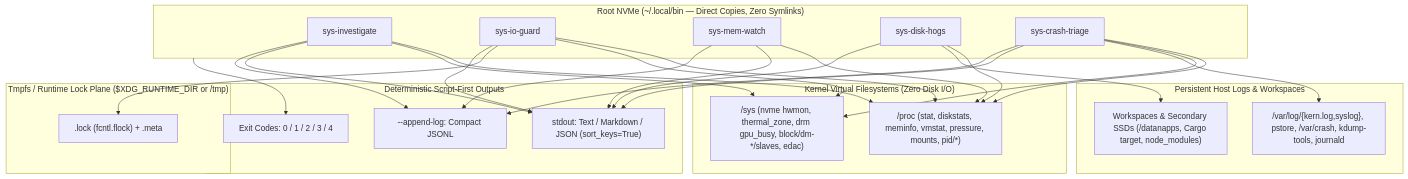
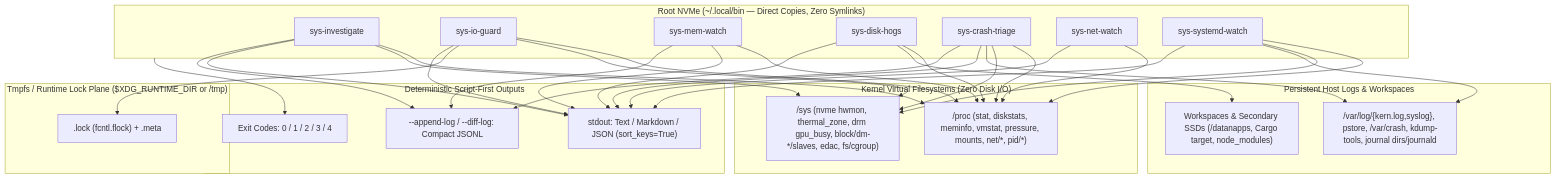
Before and after one commit to bsommers/sysadmin-tools: the first of 2 diagrams in docs/architecture.md, drawn with Mermaid. The commit also changed other lines of this file and 26 other files, not shown here.

````diff
--- a/docs/architecture.md
+++ b/docs/architecture.md
@@ -11,52 +11,60 @@
 ```mermaid
 flowchart TD
     subgraph RootNVMe["Root NVMe (~/.local/bin — Direct Copies, Zero Symlinks)"]
         SI["sys-investigate"]
         SIG["sys-io-guard"]
         SMW["sys-mem-watch"]
         SDH["sys-disk-hogs"]
         SCT["sys-crash-triage"]
+        SNW["sys-net-watch"]
+        SSW["sys-systemd-watch"]
     end
 
     subgraph KernelFS["Kernel Virtual Filesystems (Zero Disk I/O)"]
-        PROC["/proc (stat, diskstats, meminfo, vmstat, pressure, mounts, pid/*)"]
-        SYS["/sys (nvme hwmon, thermal_zone, drm gpu_busy, block/dm-*/slaves, edac)"]
+        PROC["/proc (stat, diskstats, meminfo, vmstat, pressure, mounts, net/*, pid/*)"]
+        SYS["/sys (nvme hwmon, thermal_zone, drm gpu_busy, block/dm-*/slaves, edac, fs/cgroup)"]
     end
 
     subgraph TmpfsLocks["Tmpfs / Runtime Lock Plane ($XDG_RUNTIME_DIR or /tmp)"]
         FLOCK["<lock_key>.lock (fcntl.flock) + <lock_key>.meta"]
     end
 
     subgraph HostLogs["Persistent Host Logs & Workspaces"]
-        LOGS["/var/log/{kern.log,syslog}, pstore, /var/crash, kdump-tools, journald"]
+        LOGS["/var/log/{kern.log,syslog}, pstore, /var/crash, kdump-tools, journal dirs/journald"]
         WORK["Workspaces & Secondary SSDs (/datanapps, Cargo target, node_modules)"]
     end
 
     subgraph Outputs["Deterministic Script-First Outputs"]
         OUT["stdout: Text / Markdown / JSON (sort_keys=True)"]
-        JSONL["--append-log: Compact JSONL"]
+        JSONL["--append-log / --diff-log: Compact JSONL"]
         RC["Exit Codes: 0 / 1 / 2 / 3 / 4"]
     end
 
     SI --> PROC
     SI --> SYS
     SMW --> PROC
+    SNW --> PROC
+    SSW --> PROC
+    SSW --> SYS
+    SSW --> LOGS
     SIG --> PROC
     SIG --> SYS
     SIG --> FLOCK
     SDH --> PROC
     SDH --> WORK
     SCT --> PROC
     SCT --> SYS
     SCT --> LOGS
 
     SI --> OUT
     SMW --> OUT
     SDH --> OUT
     SCT --> OUT
     SIG --> OUT
+    SNW --> OUT
+    SSW --> OUT
     SI --> JSONL
     SMW --> JSONL
     SCT --> JSONL
     RootNVMe --> RC
 ```
````
